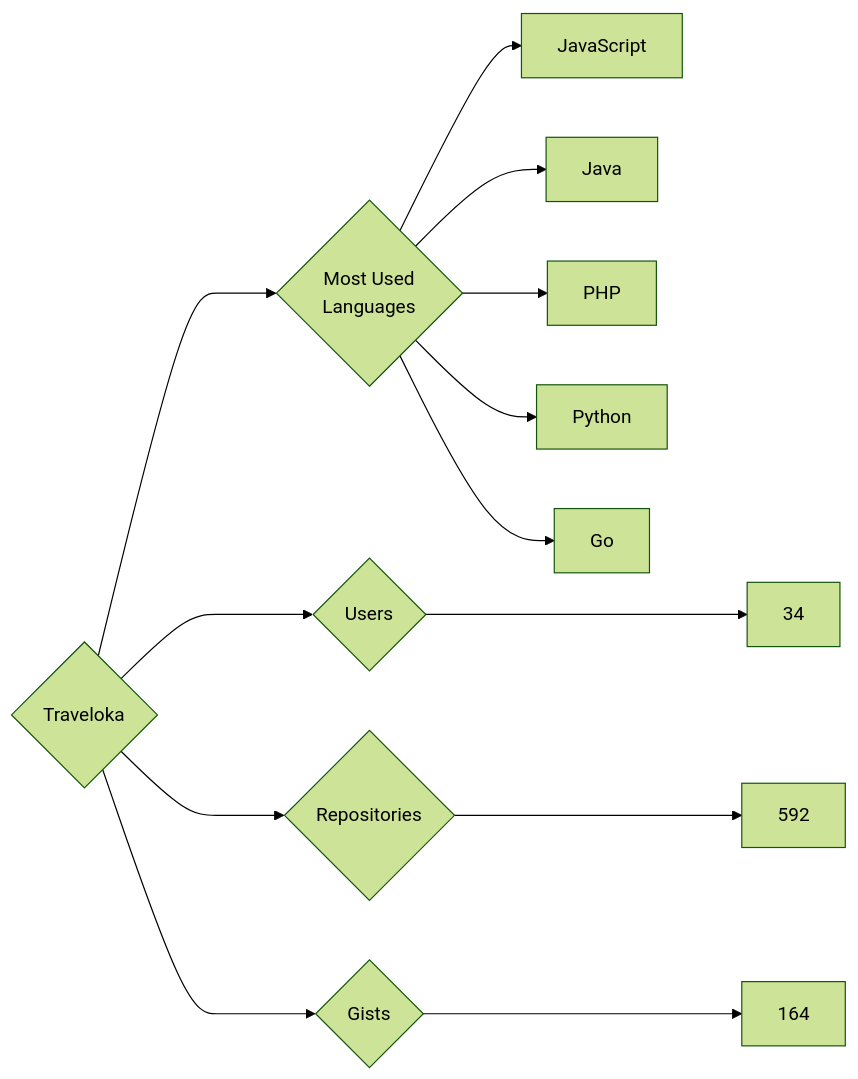
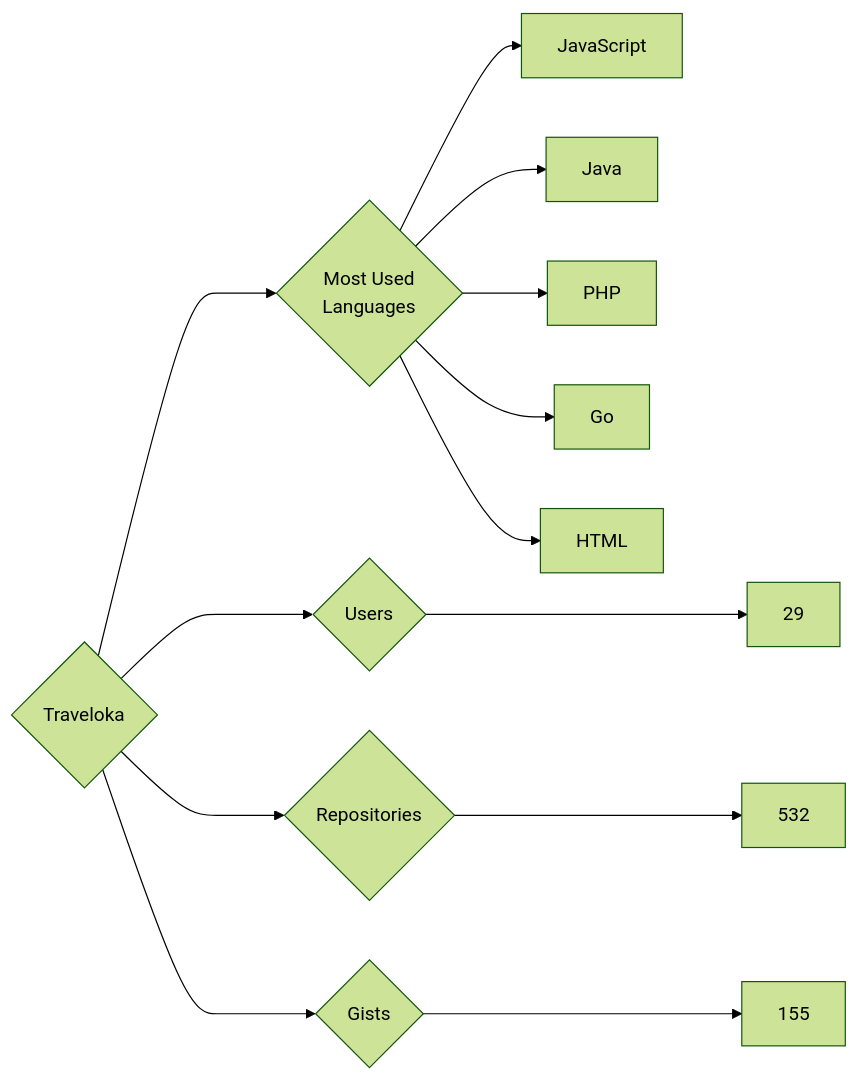
One commit to trickest/insiders changed the diagram in targets/Traveloka/README.md. Above: the diagram before and after it, drawn with Mermaid (forest theme). The commit also changed 1484 other files, not shown here.

````diff
--- a/targets/Traveloka/README.md
+++ b/targets/Traveloka/README.md
@@ -3,13 +3,13 @@
 ```mermaid
 graph LR
 COMPANY_NAME{Traveloka}
-COMPANY_NAME ---> U{Users} ---> UN[34]
-COMPANY_NAME ---> R{Repositories} ---> RN[592]
-COMPANY_NAME ---> G{Gists} ---> GN[164]
+COMPANY_NAME ---> U{Users} ---> UN[29]
+COMPANY_NAME ---> R{Repositories} ---> RN[532]
+COMPANY_NAME ---> G{Gists} ---> GN[155]
 COMPANY_NAME ---> ML{Most Used<br>Languages}
 ML --> JavaScript[JavaScript]
 ML --> Java[Java]
 ML --> PHP[PHP]
-ML --> Python[Python]
 ML --> Go[Go]
+ML --> HTML[HTML]
 ```
````
